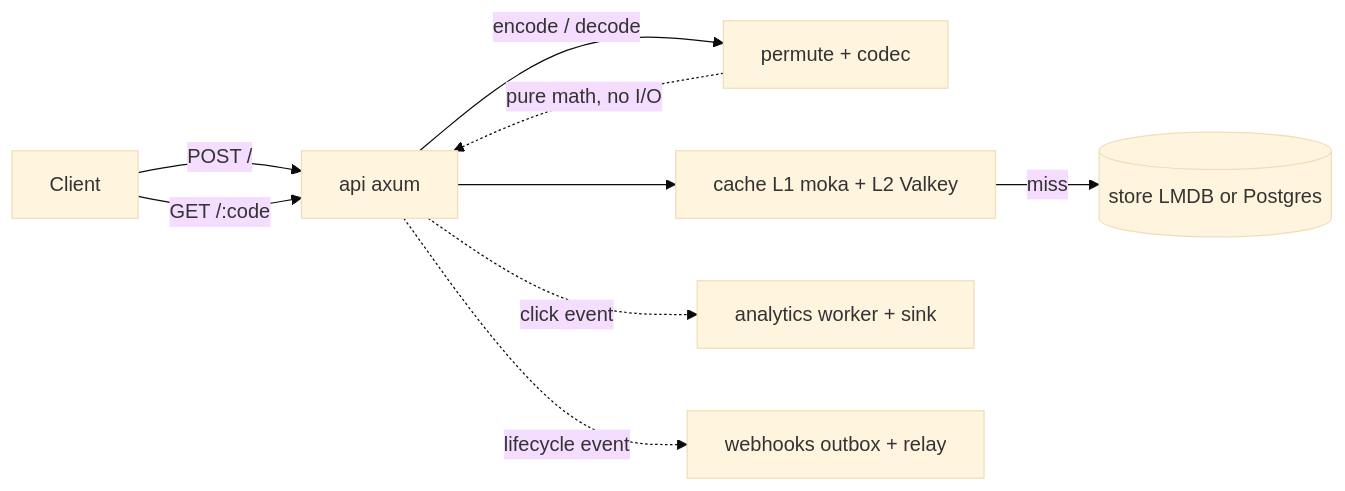
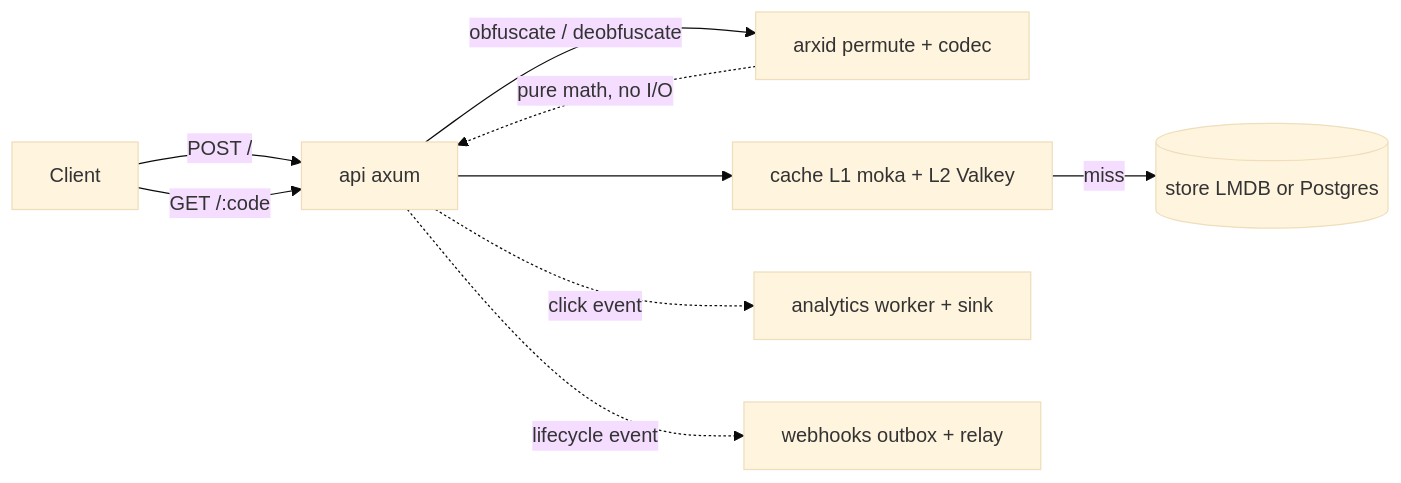
Before and after one commit to lucasolopes/quark: the first of 5 diagrams in docs/ARCHITECTURE.md, drawn with Mermaid (base theme). The commit also changed other lines of this file and 24 other files, not shown here.

First line of the commit message:
feat: replace in-tree permute/codec with the arxid crate (LUC-149) (#72)

````diff
--- a/docs/ARCHITECTURE.md
+++ b/docs/ARCHITECTURE.md
@@ -11,11 +11,11 @@
 ```mermaid
 flowchart LR
     C[Client] -->|POST /| API[api axum]
     C -->|GET /:code| API
-    API -->|encode / decode| P[permute + codec]
+    API -->|obfuscate / deobfuscate| P[arxid permute + codec]
     API --> CA[cache L1 moka + L2 Valkey]
     CA -->|miss| ST[(store LMDB or Postgres)]
     API -.click event.-> AN[analytics worker + sink]
     API -.lifecycle event.-> WH[webhooks outbox + relay]
     P -.pure math, no I/O.-> API
 ```
````
